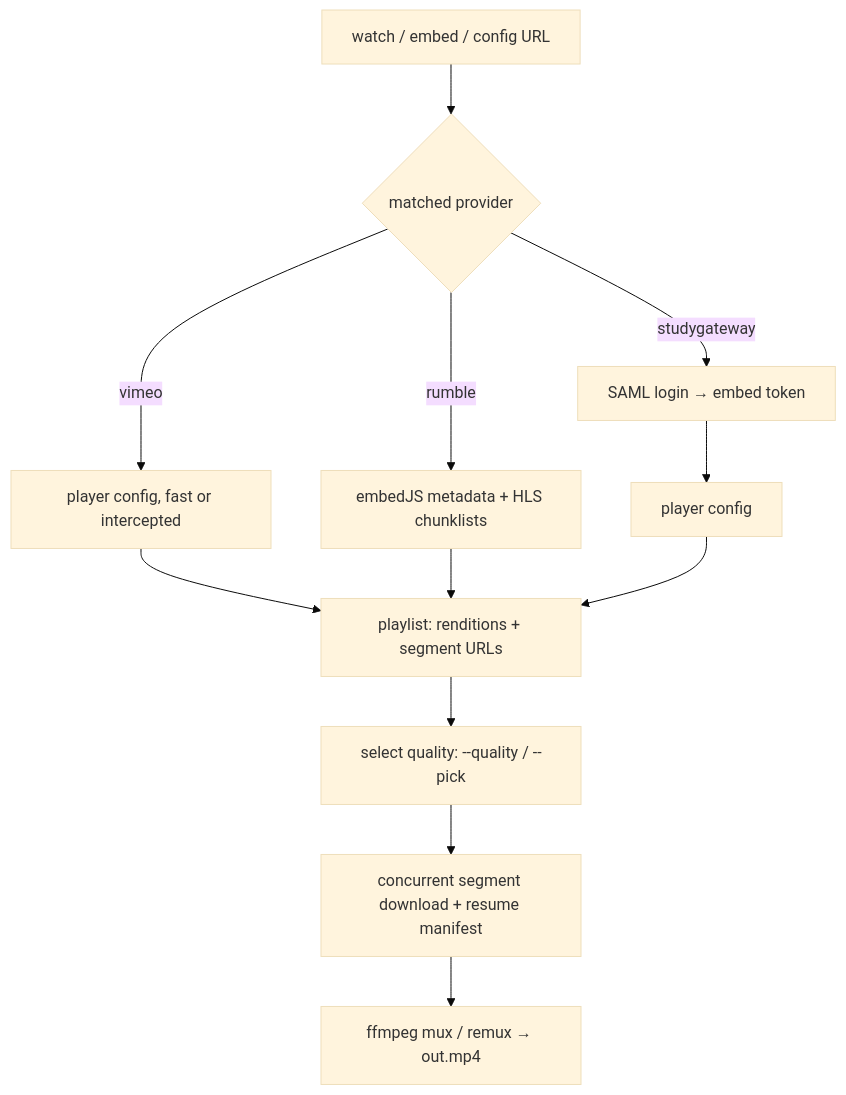
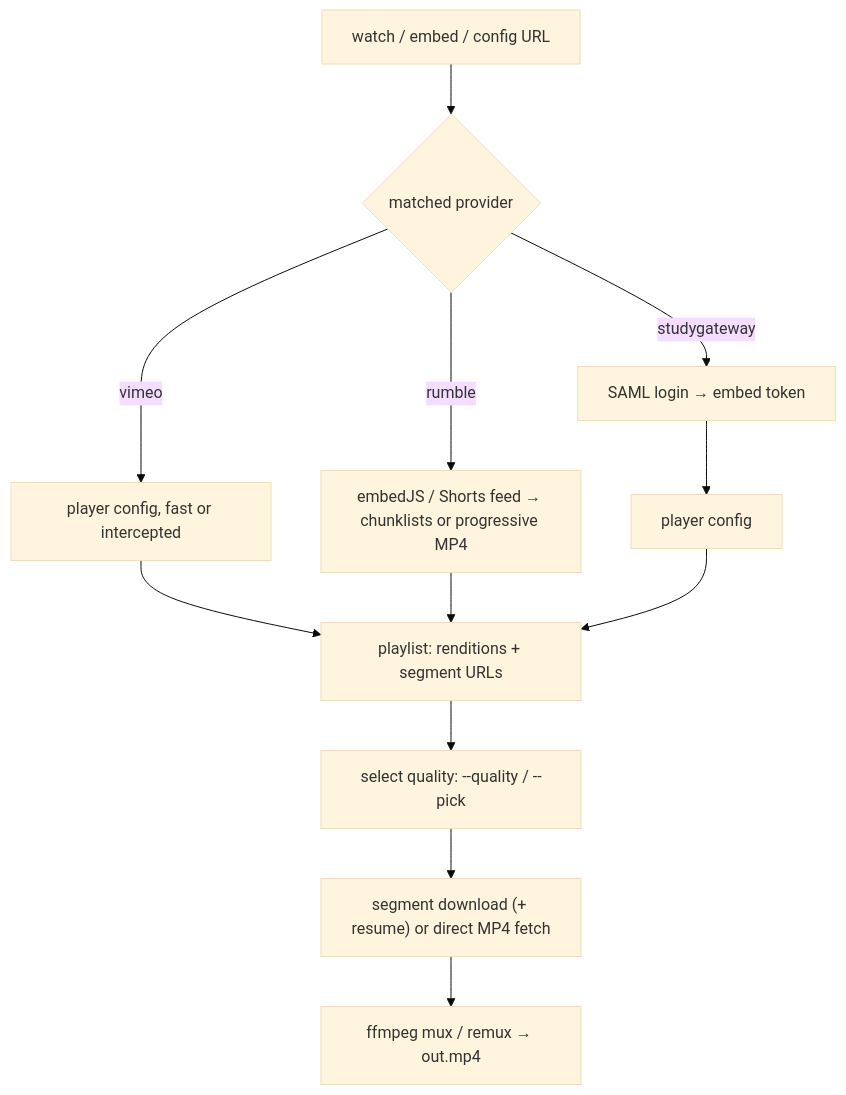
The diagram in README.md (Ti22Software/titanium-video-downloader), drawn with Mermaid (base theme) before and after one commit. The commit also changed other lines of this file and 3 other files, not shown here.

````diff
--- a/README.md
+++ b/README.md
@@ -20,14 +20,14 @@
 ```mermaid
 flowchart TD
     URL[watch / embed / config URL] --> PROV{matched provider}
     PROV -->|studygateway| SAML[SAML login → embed token]
     PROV -->|vimeo| VCFG[player config, fast or intercepted]
-    PROV -->|rumble| EMB[embedJS metadata + HLS chunklists]
+    PROV -->|rumble| EMB[embedJS / Shorts feed → chunklists or progressive MP4]
     SAML --> CFG[player config]
     VCFG --> PL[playlist: renditions + segment URLs]
     EMB --> PL
     CFG --> PL
     PL --> PICK[select quality: --quality / --pick]
-    PICK --> DL[concurrent segment download + resume manifest]
+    PICK --> DL["segment download (+ resume) or direct MP4 fetch"]
     DL --> MUX[ffmpeg mux / remux → out.mp4]
 ```
````
